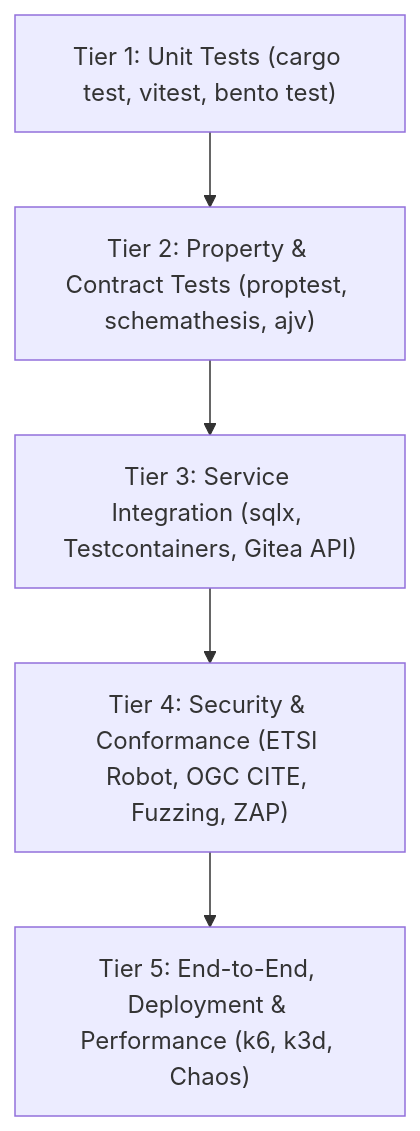
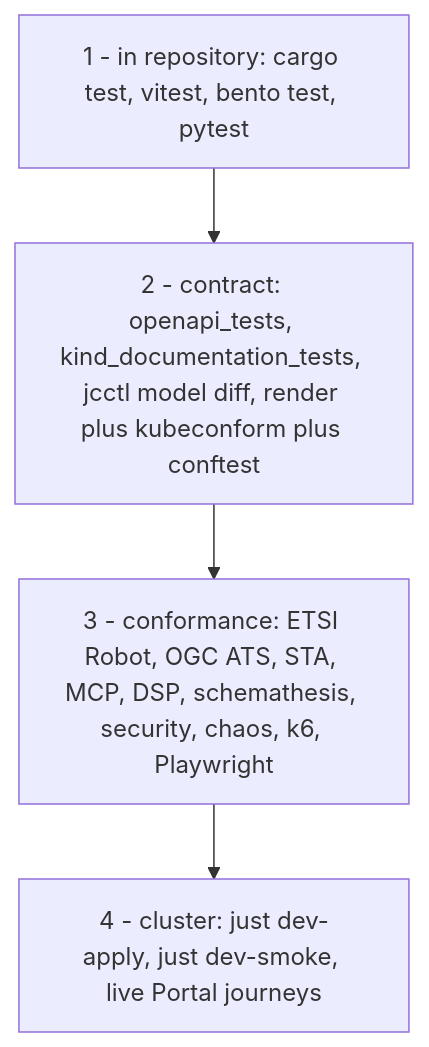
Before and after one commit to marek-mraz-jc/joinedcontext-docs: the diagram in Testing/00-strategy.md, drawn with Mermaid. The commit also changed other lines of this file and 20 other files, not shown here.

````diff
--- a/Testing/00-strategy.md
+++ b/Testing/00-strategy.md
@@ -24,13 +22,11 @@
 ```mermaid
 flowchart TD
-    E2E["Tier 5: End-to-End, Deployment & Performance (k6, k3d, Chaos)"]
-    SEC["Tier 4: Security & Conformance (ETSI Robot, OGC CITE, Fuzzing, ZAP)"]
-    INT["Tier 3: Service Integration (sqlx, Testcontainers, Gitea API)"]
-    PROP["Tier 2: Property & Contract Tests (proptest, schemathesis, ajv)"]
-    UNIT["Tier 1: Unit Tests (cargo test, vitest, bento test)"]
+    CLUSTER["4 - cluster: just dev-apply, just dev-smoke, live Portal journeys"]
+    SUITE["3 - conformance: ETSI Robot, OGC ATS, STA, MCP, DSP, schemathesis, security, chaos, k6, Playwright"]
+    CONTRACT["2 - contract: openapi_tests, kind_documentation_tests, jcctl model diff, render plus kubeconform plus conftest"]
+    UNIT["1 - in repository: cargo test, vitest, bento test, pytest"]
 
-    UNIT --> PROP
-    PROP --> INT
-    INT --> SEC
-    SEC --> E2E
+    UNIT --> CONTRACT
+    CONTRACT --> SUITE
+    SUITE --> CLUSTER
 ```
````
